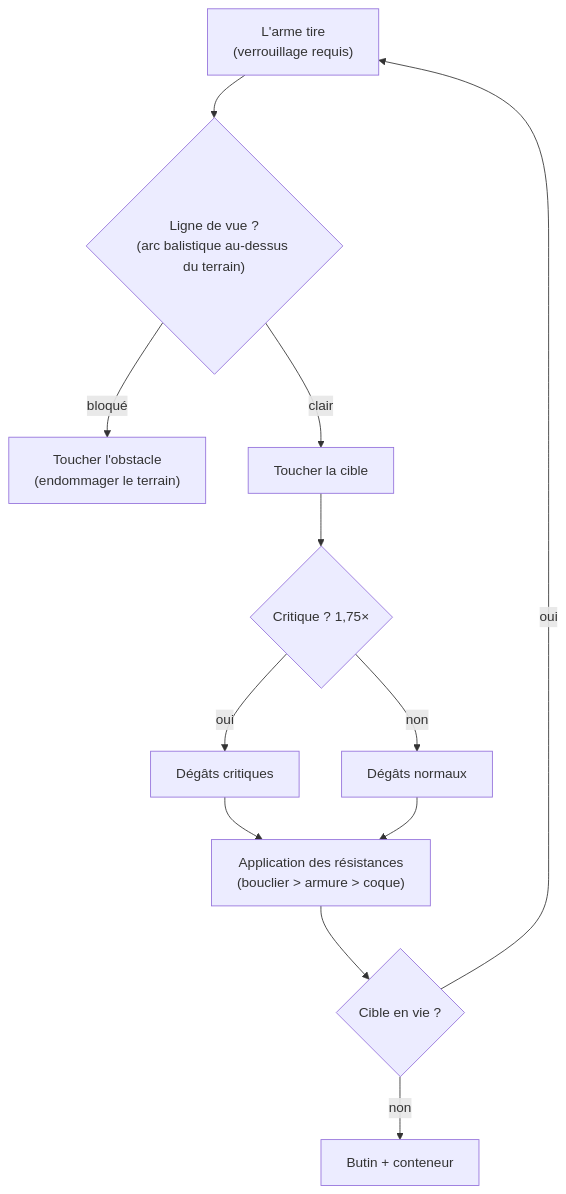
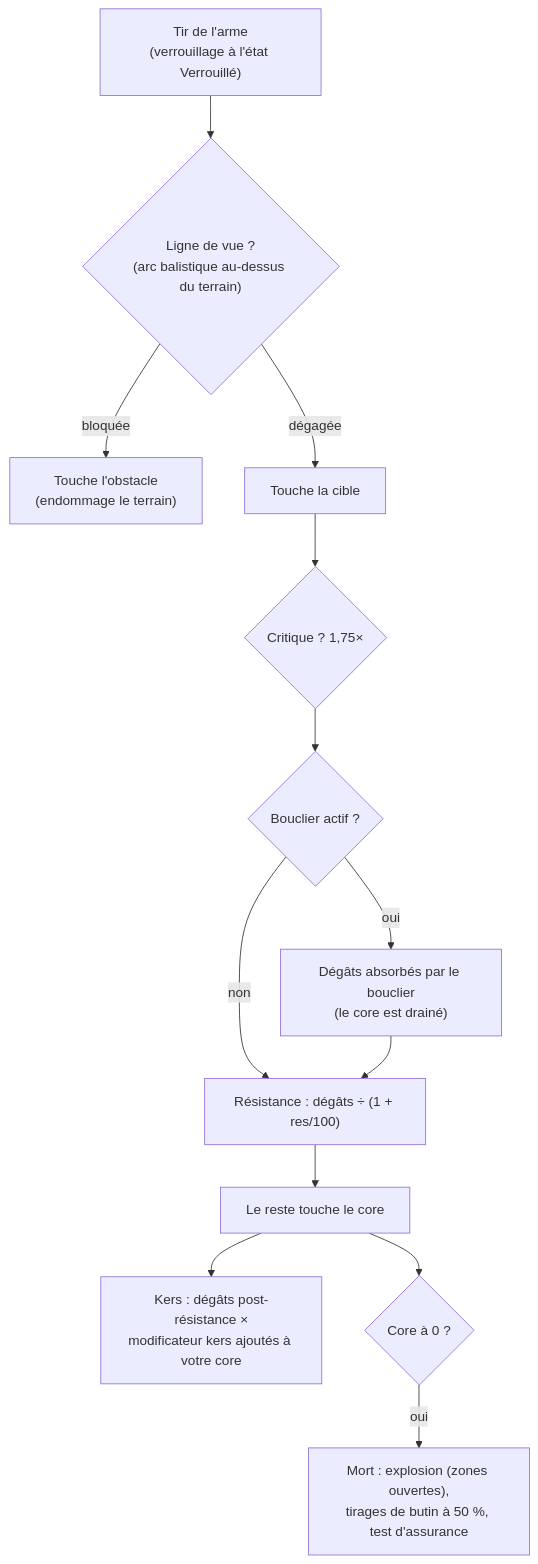
Before and after one commit to OpenPerpetuum/wiki: the diagram in content/fr/features/combat.md, drawn with Mermaid. The commit also changed other lines of this file and 15917 other files, not shown here.

Commit message:
feat: expand translations across 13 languages, fix item production headings and interactive diagram clicks

````diff
--- a/content/fr/features/combat.md
+++ b/content/fr/features/combat.md
@@ -82,14 +72,15 @@
 ```mermaid
 flowchart TD
-    F["L'arme tire\n(verrouillage requis)"] --> LOS{"Ligne de vue ?\n(arc balistique au-dessus du terrain)"}
-    LOS -->|bloqué| B["Toucher l'obstacle\n(endommager le terrain)"]
-    LOS -->|clair| H["Toucher la cible"]
+    F["Tir de l'arme\n(verrouillage à l'état Verrouillé)"] --> LOS{"Ligne de vue ?\n(arc balistique au-dessus du terrain)"}
+    LOS -->|bloquée| B["Touche l'obstacle\n(endommage le terrain)"]
+    LOS -->|dégagée| H["Touche la cible"]
     H --> C{"Critique ? 1,75×"}
-    C -->|oui| CR["Dégâts critiques"]
-    C -->|non| N["Dégâts normaux"]
-    CR --> D["Application des résistances\n(bouclier > armure > coque)"]
-    N --> D
-    D --> E{"Cible en vie ?"}
-    E -->|oui| F
-    E -->|non| LOOT["Butin + conteneur"]
+    C --> SH{"Bouclier actif ?"}
+    SH -->|oui| ABS["Dégâts absorbés par le bouclier\n(le core est drainé)"]
+    SH -->|non| RES
+    ABS --> RES["Résistance : dégâts ÷ (1 + res/100)"]
+    RES --> CO["Le reste touche le core"]
+    CO --> K["Kers : dégâts post-résistance ×\nmodificateur kers ajoutés à votre core"]
+    CO --> D{"Core à 0 ?"}
+    D -->|oui| L["Mort : explosion (zones ouvertes),\ntirages de butin à 50 %, test d'assurance"]
 ```
````
